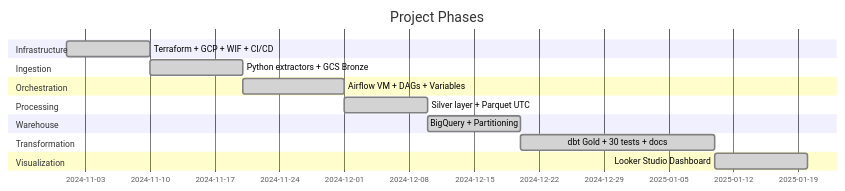
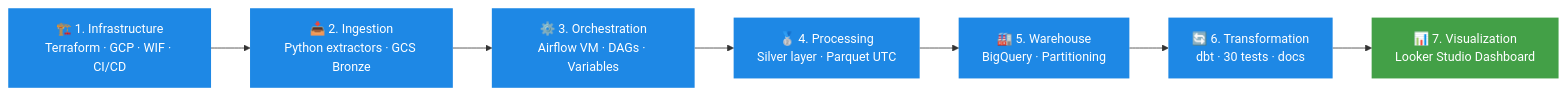
The eighth of 8 diagrams in README2.MD (TomasRipsky/CityPulse_Analytics), drawn with Mermaid before and after one commit. The commit also changed other lines of this file, not shown here.

````diff
--- a/README2.MD
+++ b/README2.MD
@@ -904,19 +904,20 @@
 ```mermaid
-gantt
-    title Project Phases
-    dateFormat YYYY-MM-DD
-    section Infrastructure
-    Terraform + GCP + WIF + CI/CD     :done, 2024-11-01, 2024-11-10
-    section Ingestion
-    Python extractors + GCS Bronze    :done, 2024-11-10, 2024-11-20
-    section Orchestration
-    Airflow VM + DAGs + Variables     :done, 2024-11-20, 2024-12-01
-    section Processing
-    Silver layer + Parquet UTC        :done, 2024-12-01, 2024-12-10
-    section Warehouse
-    BigQuery + Partitioning           :done, 2024-12-10, 2024-12-20
-    section Transformation
-    dbt Gold + 30 tests + docs        :done, 2024-12-20, 2025-01-10
-    section Visualization
-    Looker Studio Dashboard           :done, 2025-01-10, 2025-01-20
+flowchart LR
+    P1["🏗️ 1. Infrastructure<br/>Terraform · GCP · WIF · CI/CD"]
+    P2["📥 2. Ingestion<br/>Python extractors · GCS Bronze"]
+    P3["⚙️ 3. Orchestration<br/>Airflow VM · DAGs · Variables"]
+    P4["🥈 4. Processing<br/>Silver layer · Parquet UTC"]
+    P5["🏭 5. Warehouse<br/>BigQuery · Partitioning"]
+    P6["🔄 6. Transformation<br/>dbt · 30 tests · docs"]
+    P7["📊 7. Visualization<br/>Looker Studio Dashboard"]
+
+    P1 --> P2 --> P3 --> P4 --> P5 --> P6 --> P7
+
+    style P1 fill:#1E88E5,color:#fff,stroke:none
+    style P2 fill:#1E88E5,color:#fff,stroke:none
+    style P3 fill:#1E88E5,color:#fff,stroke:none
+    style P4 fill:#1E88E5,color:#fff,stroke:none
+    style P5 fill:#1E88E5,color:#fff,stroke:none
+    style P6 fill:#1E88E5,color:#fff,stroke:none
+    style P7 fill:#43A047,color:#fff,stroke:none
 ```
````
